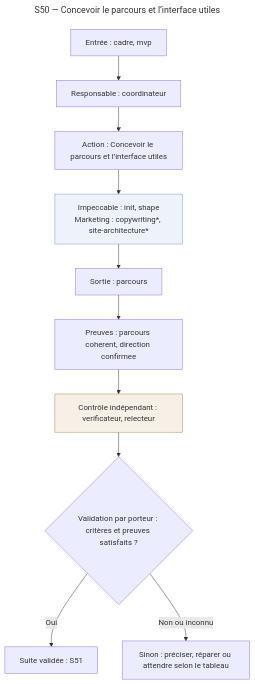
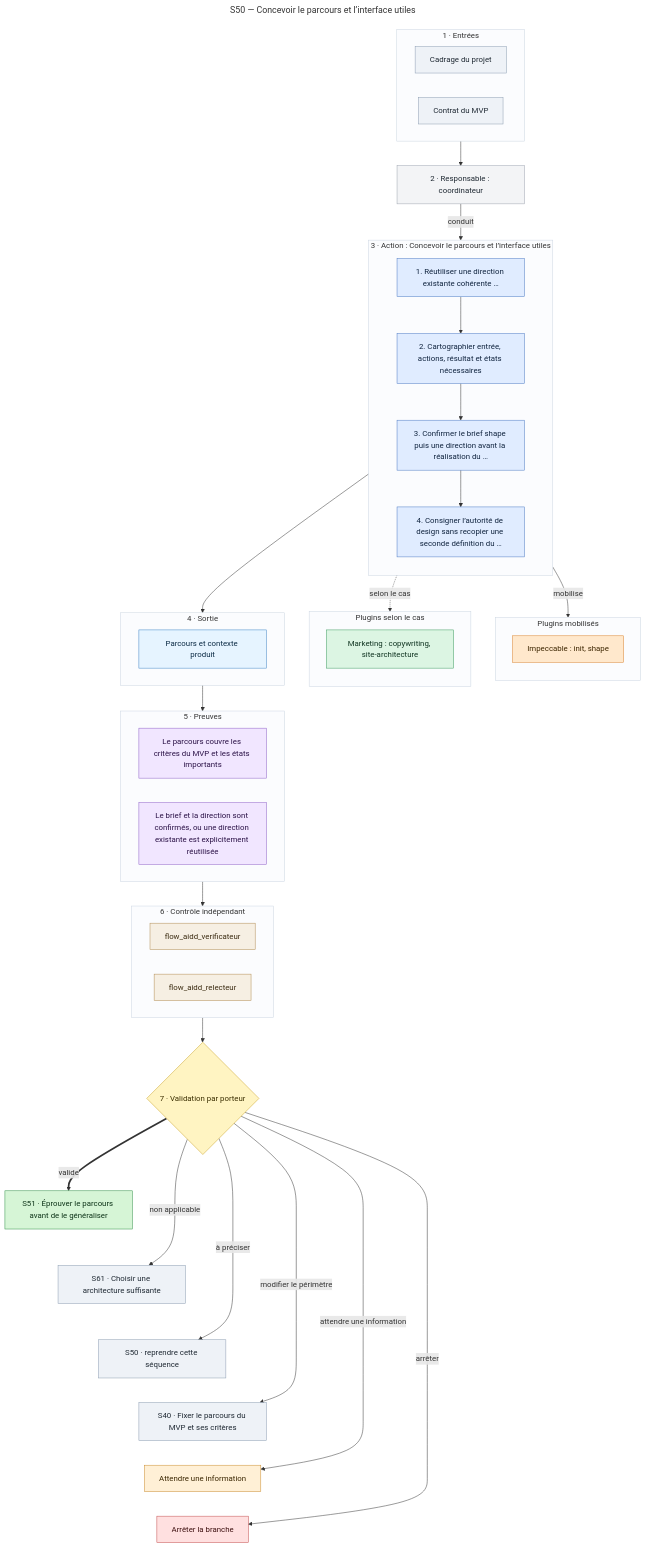
One commit to yanix2445/flow-aidd changed the diagram in docs/schemas/S50.mmd. Above: the diagram before and after it, drawn with Mermaid. The commit also changed 23 other files, not shown here.

First line of the commit message:
docs(schemas): redraw Mermaid schemas with aidd-context:09-mermaid

```diff
--- a/docs/schemas/S50.mmd
+++ b/docs/schemas/S50.mmd
@@ -1,27 +1,97 @@
 ---
 title: "S50 — Concevoir le parcours et l’interface utiles"
 ---
 flowchart TB
-  Entree["Entrée : cadre, mvp"]
-  Responsable["Responsable : coordinateur"]
-  Action["Action : Concevoir le parcours et l’interface utiles"]
-  Plugins["Impeccable : init, shape<br/>Marketing : copywriting*, site-architecture*"]
-  Sortie["Sortie : parcours"]
-  Preuve["Preuves : parcours coherent, direction confirmee"]
-  Controle["Contrôle indépendant : verificateur, relecteur"]
-  Validation{"Validation par porteur : critères et preuves satisfaits ?"}
-  Destination["Suite validée : S51"]
-  AutreIssue["Sinon : préciser, réparer ou attendre selon le tableau"]
-  Entree --> Responsable
-  Responsable --> Action
-  Action --> Plugins
-  Plugins --> Sortie
-  Sortie --> Preuve
-  Preuve --> Controle
+  subgraph Entrees["1 · Entrées"]
+    EntreeCadre["Cadrage du projet"]
+    EntreeMvp["Contrat du MVP"]
+  end
+  Responsable["2 · Responsable : coordinateur"]
+  subgraph Action["3 · Action : Concevoir le parcours et l’interface utiles"]
+    direction TB
+    Etape1["1. Réutiliser une direction existante cohérente …"]
+    Etape2["2. Cartographier entrée, actions, résultat et états nécessaires"]
+    Etape3["3. Confirmer le brief shape puis une direction avant la réalisation du …"]
+    Etape4["4. Consigner l’autorité de design sans recopier une seconde définition du …"]
+  end
+  subgraph Plugins["Plugins mobilisés"]
+    direction TB
+    PluginsImpeccable["Impeccable : init, shape"]
+  end
+  subgraph PluginsCas["Plugins selon le cas"]
+    direction TB
+    PluginsCasMarketing["Marketing : copywriting, site-architecture"]
+  end
+  subgraph Sortie["4 · Sortie"]
+    SortieParcours["Parcours et contexte produit"]
+  end
+  subgraph Preuves["5 · Preuves"]
+    PreuveParcoursCoherent["Le parcours couvre les critères du MVP et les états importants"]
+    PreuveDirectionConfirmee["Le brief et la direction sont confirmés, ou une direction existante est explicitement réutilisée"]
+  end
+  subgraph Controle["6 · Contrôle indépendant"]
+    AgentVerificateur["flow_aidd_verificateur"]
+    AgentRelecteur["flow_aidd_relecteur"]
+  end
+  Validation{"7 · Validation par porteur"}
+  VersS51["S51 · Éprouver le parcours avant de le généraliser"]
+  VersS61["S61 · Choisir une architecture suffisante"]
+  VersS50["S50 · reprendre cette séquence"]
+  VersS40["S40 · Fixer le parcours du MVP et ses critères"]
+  VersWAIT_INFO["Attendre une information"]
+  VersSTOP["Arrêter la branche"]
+  Entrees --> Responsable
+  Responsable -- "conduit" --> Action
+  Etape1 --> Etape2
+  Etape2 --> Etape3
+  Etape3 --> Etape4
+  Action -- "mobilise" --> Plugins
+  Action -. "selon le cas" .-> PluginsCas
+  Action --> Sortie
+  Sortie --> Preuves
+  Preuves --> Controle
   Controle --> Validation
-  Validation -- "Oui" --> Destination
-  Validation -- "Non ou inconnu" --> AutreIssue
-  classDef plugins fill:#eef3fb,stroke:#7f9cc7
-  class Plugins plugins
-  classDef controle fill:#f6f0e6,stroke:#b08a4f
-  class Controle controle
+  VersS51 ~~~ VersS61
+  VersS61 ~~~ VersS50
+  VersS50 ~~~ VersS40
+  VersS40 ~~~ VersWAIT_INFO
+  VersWAIT_INFO ~~~ VersSTOP
+  Validation == "valide" ==> VersS51
+  Validation -- "non applicable" --> VersS61
+  Validation -- "à préciser" --> VersS50
+  Validation -- "modifier le périmètre" --> VersS40
+  Validation -- "attendre une information" --> VersWAIT_INFO
+  Validation -- "arrêter" --> VersSTOP
+  classDef entree fill:#eef2f7,stroke:#8a9bb0,color:#1f2933
+  classDef responsable fill:#f3f4f6,stroke:#9ca3af,color:#1f2933
+  classDef etape fill:#e0ecff,stroke:#4a78c2,color:#10243f
+  classDef impeccable fill:#ffe8cc,stroke:#d9822b,color:#3d2600
+  classDef marketing fill:#dcf5e3,stroke:#3c9a5f,color:#0f3320
+  classDef sortie fill:#e6f4ff,stroke:#3b82c4,color:#0b2a44
+  classDef preuve fill:#f1e6ff,stroke:#8b5cc7,color:#2b1247
+  classDef controle fill:#f6efe3,stroke:#b08a4f,color:#3a2a10
+  classDef validation fill:#fff4c2,stroke:#c9a227,color:#3a2e00
+  classDef ok fill:#d6f5d6,stroke:#2f8f46,color:#0d3318
+  classDef retour fill:#eef2f7,stroke:#8a9bb0,color:#1f2933
+  classDef attente fill:#fff0d6,stroke:#c98a2b,color:#3a2600
+  classDef stop fill:#ffe0e0,stroke:#c24a4a,color:#3d0f0f
+  class EntreeCadre,EntreeMvp entree
+  class Responsable responsable
+  class Etape1,Etape2,Etape3,Etape4 etape
+  class PluginsImpeccable impeccable
+  class PluginsCasMarketing marketing
+  class SortieParcours sortie
+  class PreuveParcoursCoherent,PreuveDirectionConfirmee preuve
+  class AgentVerificateur,AgentRelecteur controle
+  class Validation validation
+  class VersS51 ok
+  class VersS61,VersS50,VersS40 retour
+  class VersWAIT_INFO attente
+  class VersSTOP stop
+  style Entrees fill:#fbfcfe,stroke:#cbd5e1
+  style Action fill:#fbfcfe,stroke:#cbd5e1
+  style Plugins fill:#fbfcfe,stroke:#cbd5e1
+  style PluginsCas fill:#fbfcfe,stroke:#cbd5e1
+  style Sortie fill:#fbfcfe,stroke:#cbd5e1
+  style Preuves fill:#fbfcfe,stroke:#cbd5e1
+  style Controle fill:#fbfcfe,stroke:#cbd5e1
```
